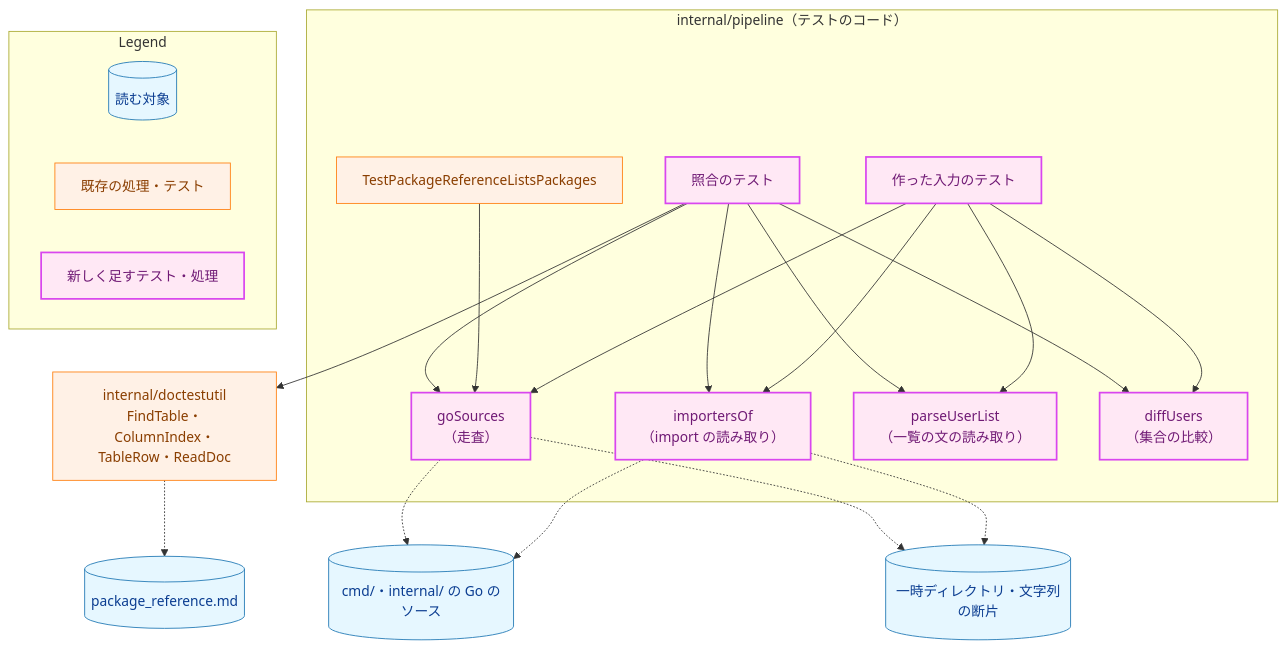
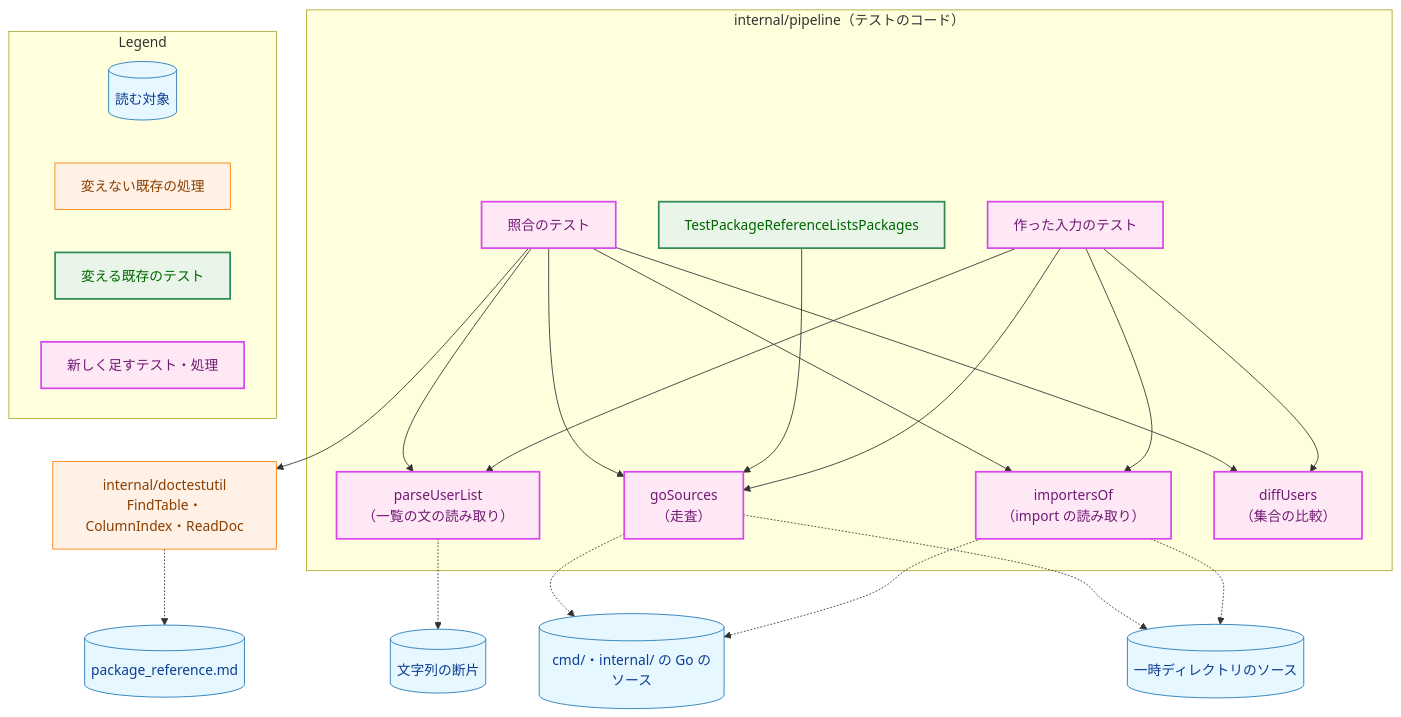
Before and after one commit to isseis/yt2column: the second of 4 diagrams in docs/tasks/0068_strictjson_package_reference/02_architecture.md, drawn with Mermaid. The commit also changed other lines of this file, not shown here.

First line of the commit message:
docs(0068): address the architecture review and the Japanese prose pass

````diff
--- a/docs/tasks/0068_strictjson_package_reference/02_architecture.md
+++ b/docs/tasks/0068_strictjson_package_reference/02_architecture.md
@@ -116,50 +116,55 @@
 ```mermaid
 flowchart TB
     classDef data fill:#e6f7ff,stroke:#1f77b4,stroke-width:1px,color:#0b3d91;
     classDef process fill:#fff1e6,stroke:#ff7f0e,stroke-width:1px,color:#8a3e00;
+    classDef enhanced fill:#e8f5e8,stroke:#2e8b57,stroke-width:2px,color:#006400;
     classDef newpkg fill:#ffe8f5,stroke:#d946ef,stroke-width:2px,color:#701a75;
 
     subgraph PIPE["internal/pipeline（テストのコード）"]
         TU["照合のテスト"]
         TF["作った入力のテスト"]
         TP["TestPackageReferenceListsPackages"]
         GS["goSources<br>（走査）"]
         IM["importersOf<br>（import の読み取り）"]
         PL["parseUserList<br>（一覧の文の読み取り）"]
         DU["diffUsers<br>（集合の比較）"]
     end
-    DT["internal/doctestutil<br>FindTable・ColumnIndex・TableRow・ReadDoc"]
+    DT["internal/doctestutil<br>FindTable・ColumnIndex・ReadDoc"]
     PR[("package_reference.md")]
     SRC[("cmd/・internal/ の Go のソース")]
-    TMP[("一時ディレクトリ・文字列の断片")]
+    TMP[("一時ディレクトリのソース")]
+    FRAG[("文字列の断片")]
 
     TU --> DT
     TU --> PL
     TU --> GS
     TU --> IM
     TU --> DU
     TP --> GS
     TF --> PL
     TF --> GS
     TF --> IM
     TF --> DU
     DT -.-> PR
     GS -.-> SRC
     IM -.-> SRC
     GS -.-> TMP
     IM -.-> TMP
+    PL -.-> FRAG
 
-    class PR,SRC,TMP data
+    class PR,SRC,TMP,FRAG data
     class DT process
-    class TP process
+    class TP enhanced
     class TU,TF,GS,IM,PL,DU newpkg
 
     subgraph Legend["Legend"]
         L1[("読む対象")]
-        L2["既存の処理・テスト"]
-        L3["新しく足すテスト・処理"]
+        L2["変えない既存の処理"]
+        L3["変える既存のテスト"]
+        L4["新しく足すテスト・処理"]
     end
     class L1 data
     class L2 process
-    class L3 newpkg
+    class L3 enhanced
+    class L4 newpkg
 ```
````
